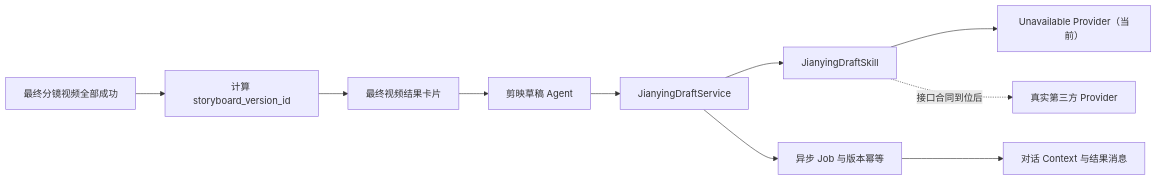
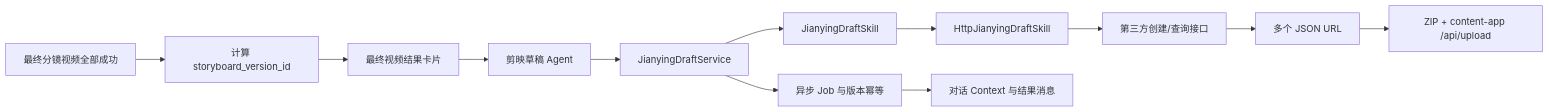
One commit to joyslxd/pixelflow changed the diagram in docs/superpowers/specs/2026-07-16-jianying-draft-flow-design.md. Above: the diagram before and after it, drawn with Mermaid. The commit also changed other lines of this file and 20 other files, not shown here.

````diff
--- a/docs/superpowers/specs/2026-07-16-jianying-draft-flow-design.md
+++ b/docs/superpowers/specs/2026-07-16-jianying-draft-flow-design.md
@@ -45,12 +44,14 @@
 ```mermaid
 flowchart LR
     A["最终分镜视频全部成功"] --> B["计算 storyboard_version_id"]
     B --> C["最终视频结果卡片"]
     C --> D["剪映草稿 Agent"]
     D --> E["JianyingDraftService"]
     E --> F["JianyingDraftSkill"]
-    F --> G["Unavailable Provider（当前）"]
-    F -. "接口合同到位后" .-> H["真实第三方 Provider"]
+    F --> G["HttpJianyingDraftSkill"]
+    G --> H["第三方创建/查询接口"]
+    H --> K["多个 JSON URL"]
+    K --> L["ZIP + content-app /api/upload"]
     E --> I["异步 Job 与版本幂等"]
     I --> J["对话 Context 与结果消息"]
 ```
````
